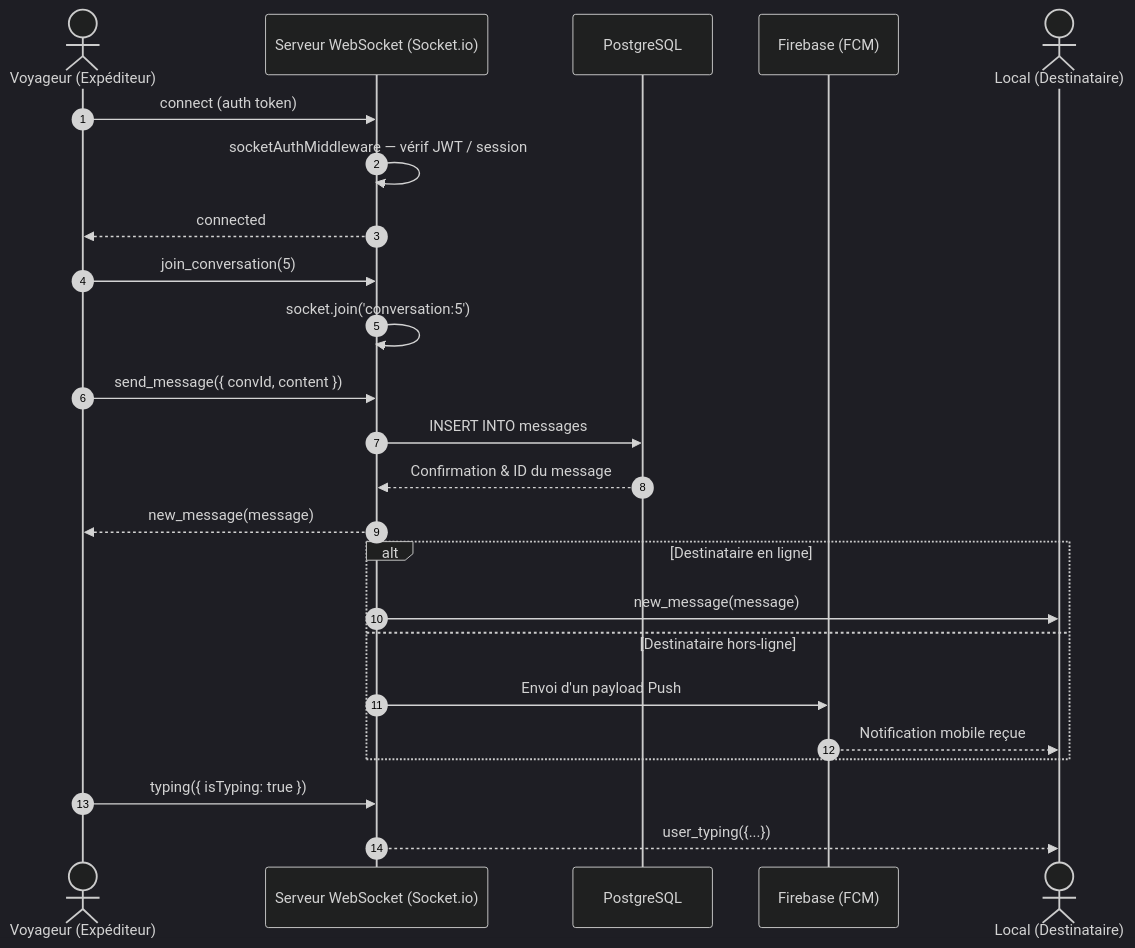
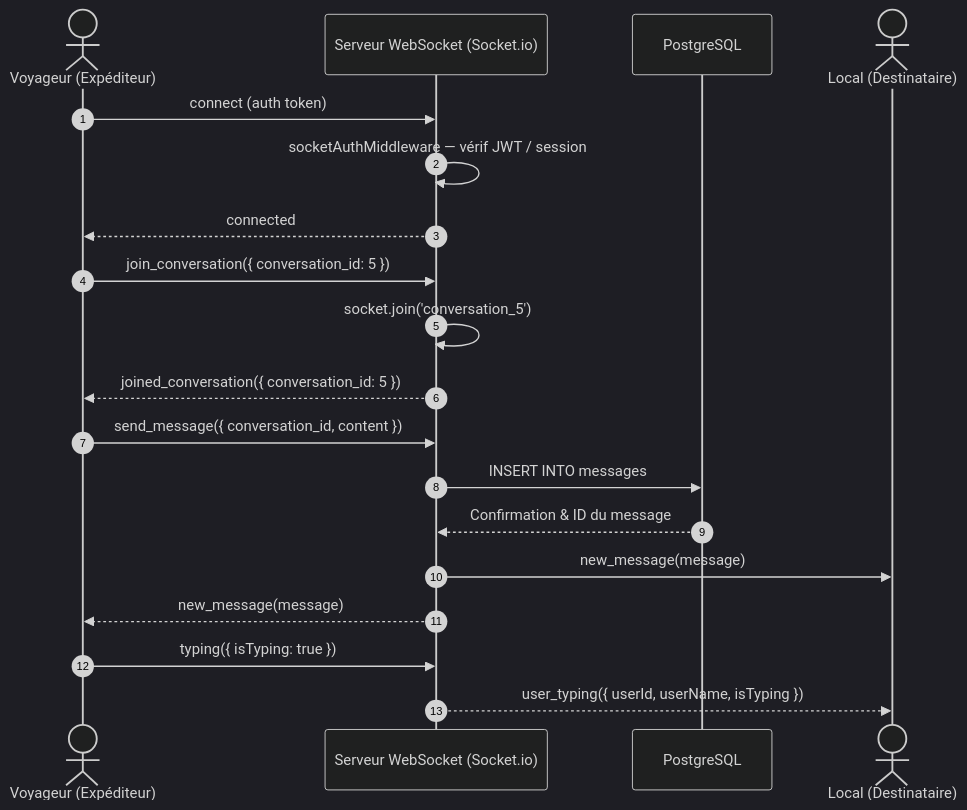
Before and after one commit to Nomu-MDS/Nomu-Doc: the diagram in docs/websocket/overview.md, drawn with Mermaid (dark theme). The commit also changed 6 other files, not shown here.

````diff
--- a/docs/websocket/overview.md
+++ b/docs/websocket/overview.md
@@ -12,31 +12,25 @@
 ```mermaid
 sequenceDiagram
     autonumber
     actor V as Voyageur (Expéditeur)
     participant WSS as Serveur WebSocket (Socket.io)
     participant DB as PostgreSQL
-    participant FCM as Firebase (FCM)
     actor L as Local (Destinataire)
 
     V->>WSS: connect (auth token)
     WSS->>WSS: socketAuthMiddleware — vérif JWT / session
     WSS-->>V: connected
 
-    V->>WSS: join_conversation(5)
-    WSS->>WSS: socket.join('conversation:5')
+    V->>WSS: join_conversation({ conversation_id: 5 })
+    WSS->>WSS: socket.join('conversation_5')
+    WSS-->>V: joined_conversation({ conversation_id: 5 })
 
-    V->>WSS: send_message({ convId, content })
+    V->>WSS: send_message({ conversation_id, content })
     WSS->>DB: INSERT INTO messages
     DB-->>WSS: Confirmation & ID du message
+    WSS->>L: new_message(message)
     WSS-->>V: new_message(message)
 
-    alt Destinataire en ligne
-        WSS->>L: new_message(message)
-    else Destinataire hors-ligne
-        WSS->>FCM: Envoi d'un payload Push
-        FCM-->>L: Notification mobile reçue
-    end
-
     V->>WSS: typing({ isTyping: true })
-    WSS-->>L: user_typing({...})
+    WSS-->>L: user_typing({ userId, userName, isTyping })
 ```
````
